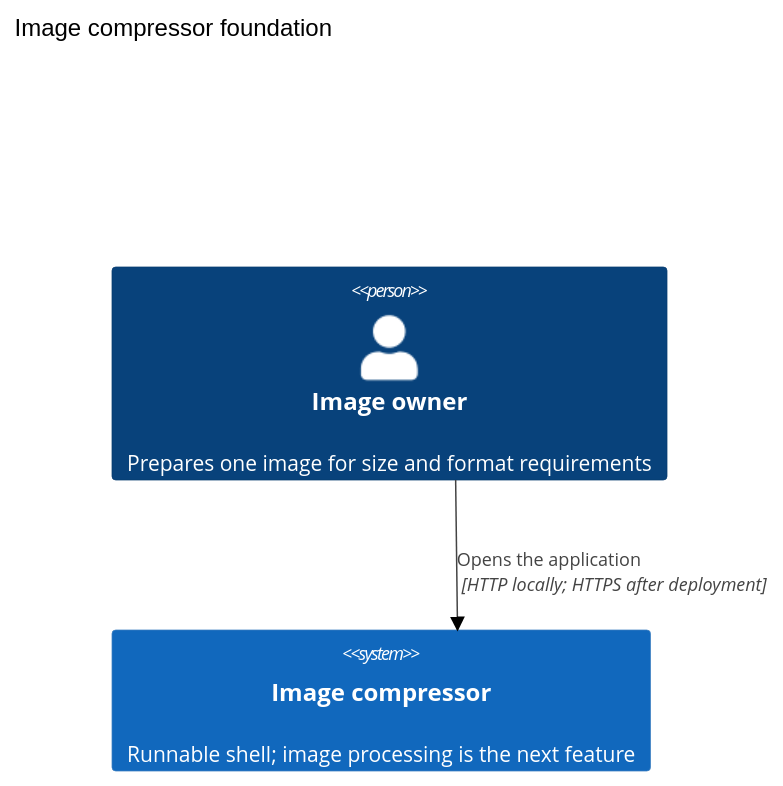
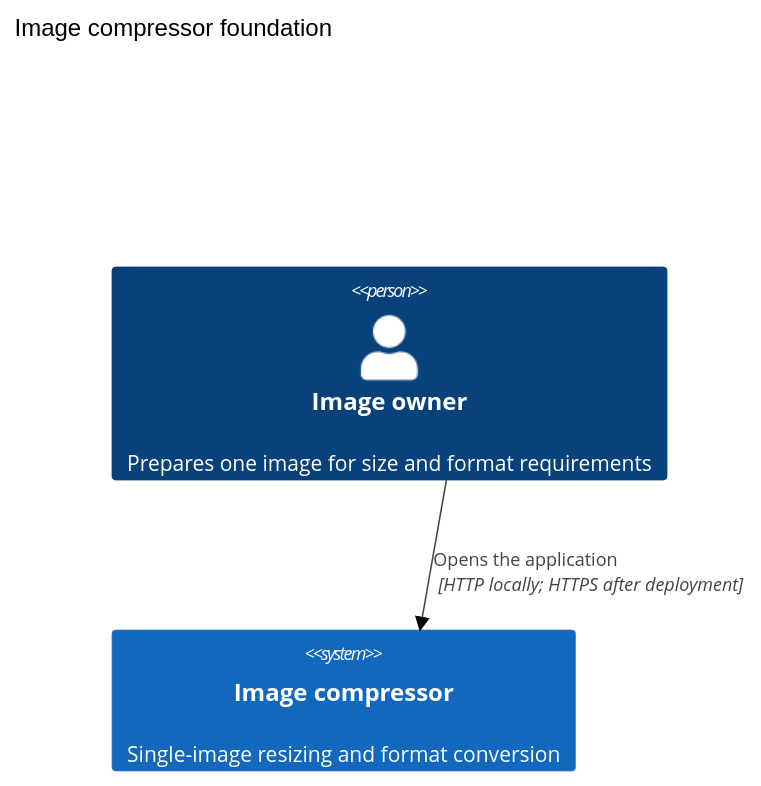
The first of 2 diagrams in docs/architecture-map.md (shved270189/image_compressor), drawn with Mermaid (neutral theme) before and after one commit. The commit also changed other lines of this file and 2 other files, not shown here.

Commit message:
docs: describe image conversion and pending acceptance

````diff
--- a/docs/architecture-map.md
+++ b/docs/architecture-map.md
@@ -31,7 +31,7 @@
 ```mermaid
 C4Context
     title Image compressor foundation
     Person(user, "Image owner", "Prepares one image for size and format requirements")
-    System(compressor, "Image compressor", "Runnable shell; image processing is the next feature")
+    System(compressor, "Image compressor", "Single-image resizing and format conversion")
     Rel(user, compressor, "Opens the application", "HTTP locally; HTTPS after deployment")
 ```
````
